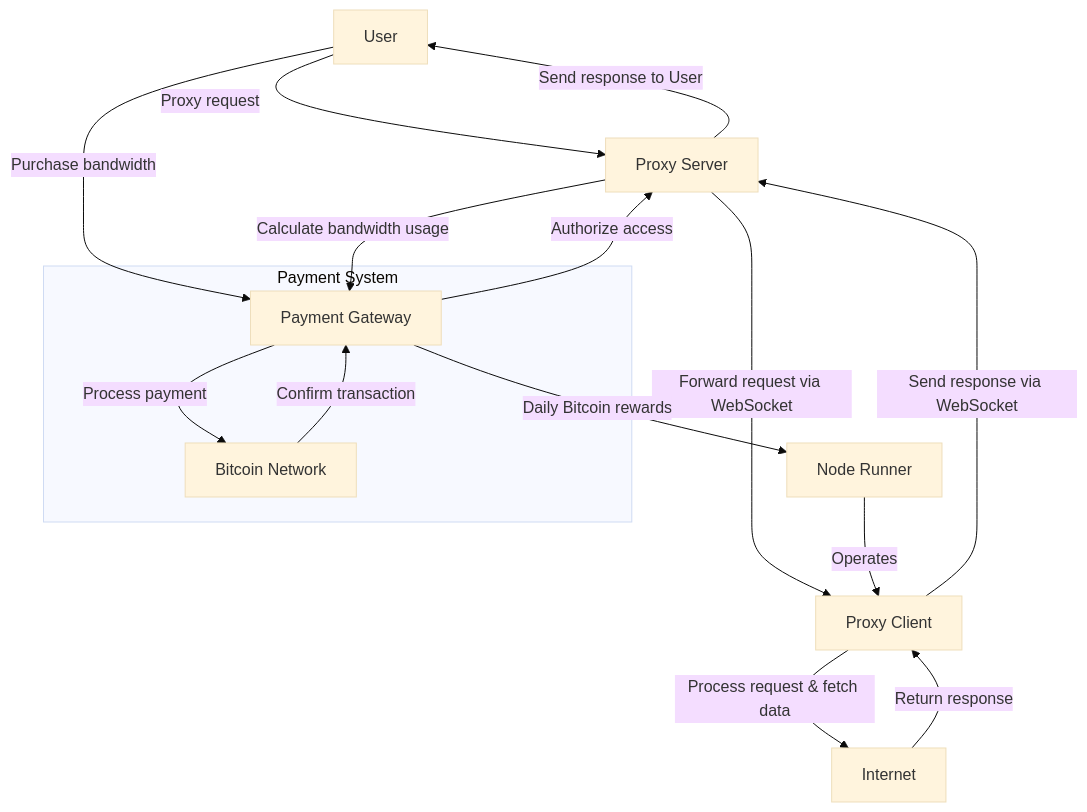
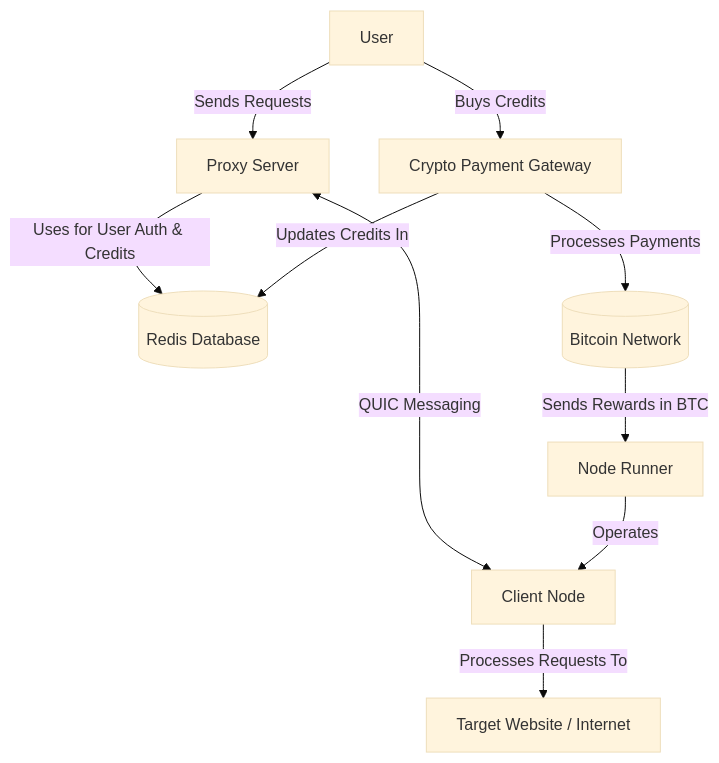
One commit to L1shed/Turbo changed the first of 2 diagrams in README.md. Above: the diagram before and after it, drawn with Mermaid (base theme). The commit also changed other lines of this file and 1 other file, not shown here.

````diff
--- a/README.md
+++ b/README.md
@@ -22,27 +59,25 @@
 ```mermaid
 flowchart TD
-    A[User] -->|Proxy request| B[Proxy Server]
-    B -->|Forward request via WebSocket| C[Proxy Client]
-    C -->|Process request & fetch data| D[Internet]
-    D -->|Return response| C
-    C -->|Send response via WebSocket| B
-    B -->|Send response to User| A
+    User[User]
+    ProxyServer[Proxy Server]
+    Redis[(Redis Database)]
+    ClientNode[Client Node]
+    NodeRunner[Node Runner]
+    PaymentGateway[Crypto Payment Gateway]
+    BitcoinNetwork[(Bitcoin Network)]
+    TargetWebsite[Target Website / Internet]
 
-    %% Payment Flow
-    A -->|Purchase bandwidth| G[Payment Gateway]
-    G -->|Process payment| F[Bitcoin Network]
-    F -->|Confirm transaction| G
-    G -->|Authorize access| B
+    User --> |Sends Requests| ProxyServer
+    User --> |Buys Credits| PaymentGateway
 
-    %% Reward Flow
-    B -->|Calculate bandwidth usage| G
-    G -->|Daily Bitcoin rewards| H[Node Runner]
+    ProxyServer --> |Uses for User Auth & Credits| Redis
+    ProxyServer <--> |QUIC Messaging| ClientNode
 
-    %% Node Runner operates Proxy Client
-    H -->|Operates| C
+    ClientNode --> |Processes Requests To| TargetWebsite
+    NodeRunner --> |Operates| ClientNode
 
-    subgraph Payment System
-        F
-        G
-    end
+    PaymentGateway --> |Processes Payments| BitcoinNetwork
+    PaymentGateway --> |Updates Credits In| Redis
+
+    BitcoinNetwork --> |Sends Rewards in BTC| NodeRunner
 ```
````
